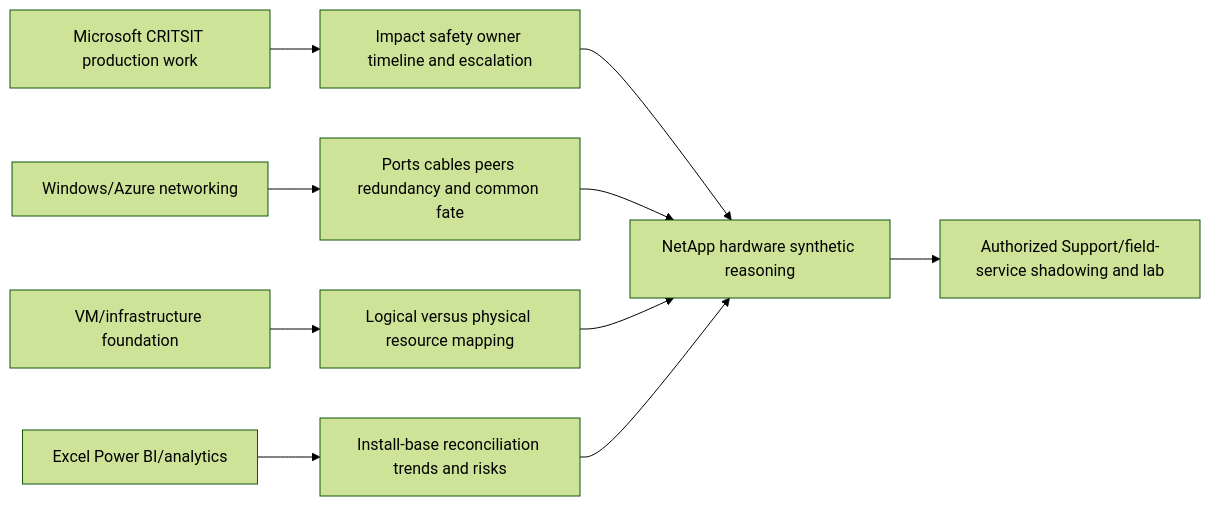
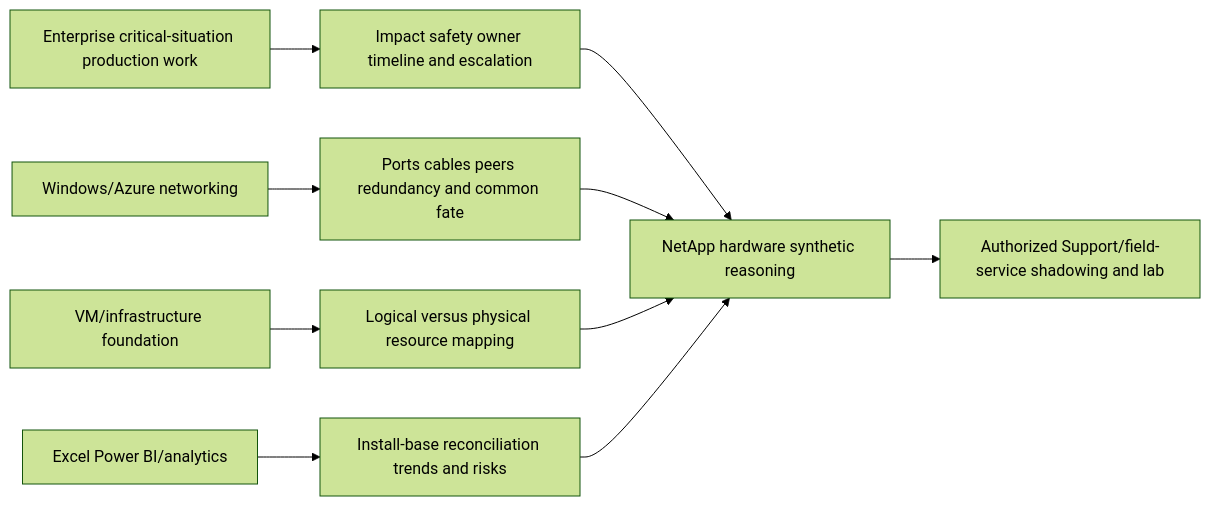
Diagram 26 of 27 in NetApp TAM/prep/Part-26-netapp-hardware-shelves-cabling-frus.md (hichauhan-in/Interview-Prep), drawn with Mermaid (forest theme) before and after one commit. The commit also changed other lines of this file and 493 other files, not shown here.

````diff
--- a/NetApp TAM/prep/Part-26-netapp-hardware-shelves-cabling-frus.md
+++ b/NetApp TAM/prep/Part-26-netapp-hardware-shelves-cabling-frus.md
@@ -833,12 +833,12 @@
 ```mermaid
 flowchart LR
-    CRIT[Microsoft CRITSIT production work] --> IMP[Impact safety owner timeline and escalation]
+    CRIT[Enterprise critical-situation production work] --> IMP[Impact safety owner timeline and escalation]
     NET[Windows/Azure networking] --> PATH[Ports cables peers redundancy and common fate]
     VM[VM/infrastructure foundation] --> LAYER[Logical versus physical resource mapping]
     BI[Excel Power BI/analytics] --> INV[Install-base reconciliation trends and risks]
     IMP --> HW[NetApp hardware synthetic reasoning]
     PATH --> HW
     LAYER --> HW
     INV --> HW
     HW --> FIELD[Authorized Support/field-service shadowing and lab]
 ```
````
